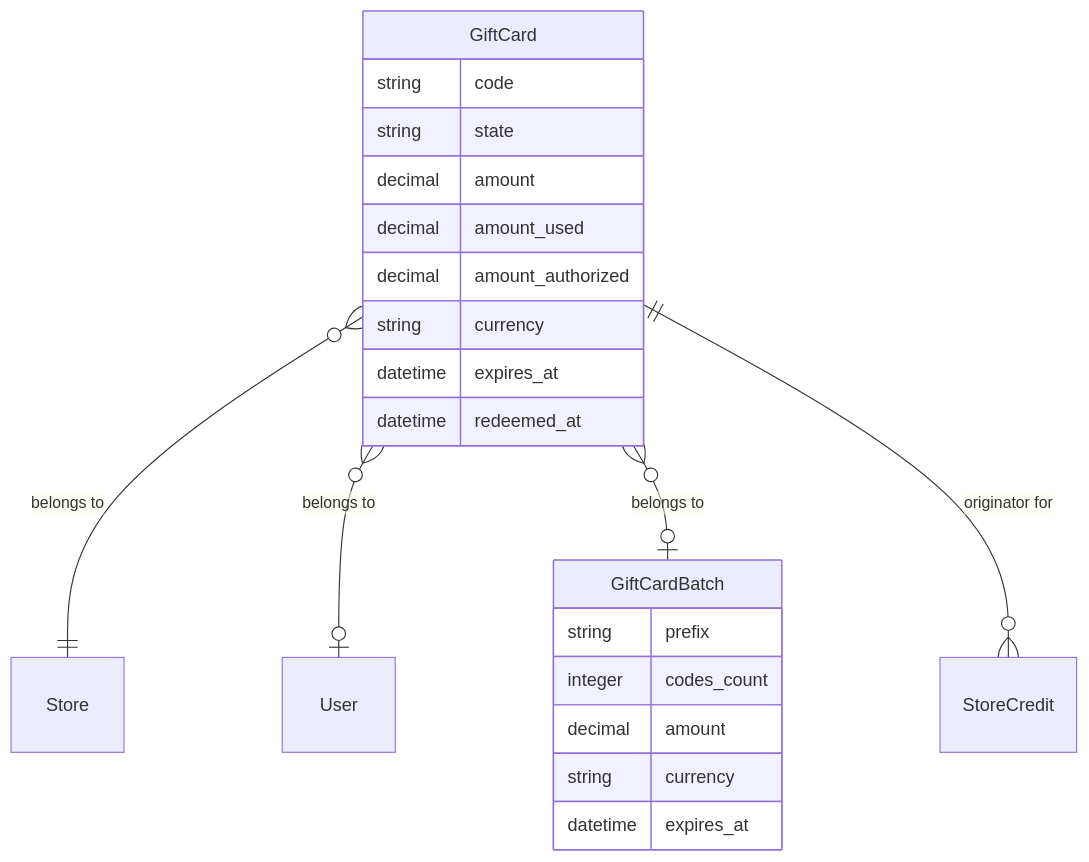
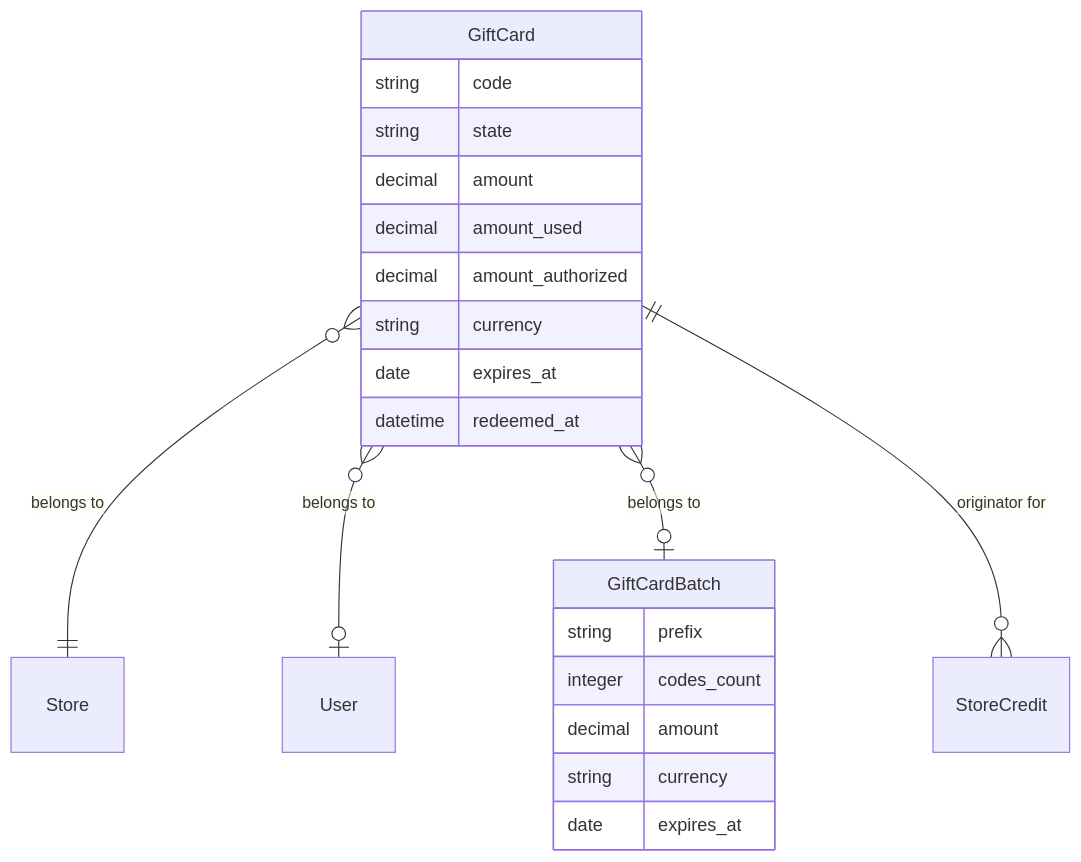
The second of 5 diagrams in docs/developer/core-concepts/store-credits-gift-cards.mdx (spree/spree), drawn with Mermaid before and after one commit. The commit also changed other lines of this file and 43 other files, not shown here.

````diff
--- a/docs/developer/core-concepts/store-credits-gift-cards.mdx
+++ b/docs/developer/core-concepts/store-credits-gift-cards.mdx
@@ -143,26 +173,26 @@
 ```mermaid
 erDiagram
     GiftCard }o--|| Store : "belongs to"
     GiftCard }o--o| User : "belongs to"
     GiftCard }o--o| GiftCardBatch : "belongs to"
     GiftCard ||--o{ StoreCredit : "originator for"
 
     GiftCard {
         string code
         string state
         decimal amount
         decimal amount_used
         decimal amount_authorized
         string currency
-        datetime expires_at
+        date expires_at
         datetime redeemed_at
     }
 
     GiftCardBatch {
         string prefix
         integer codes_count
         decimal amount
         string currency
-        datetime expires_at
+        date expires_at
     }
 ```
````
